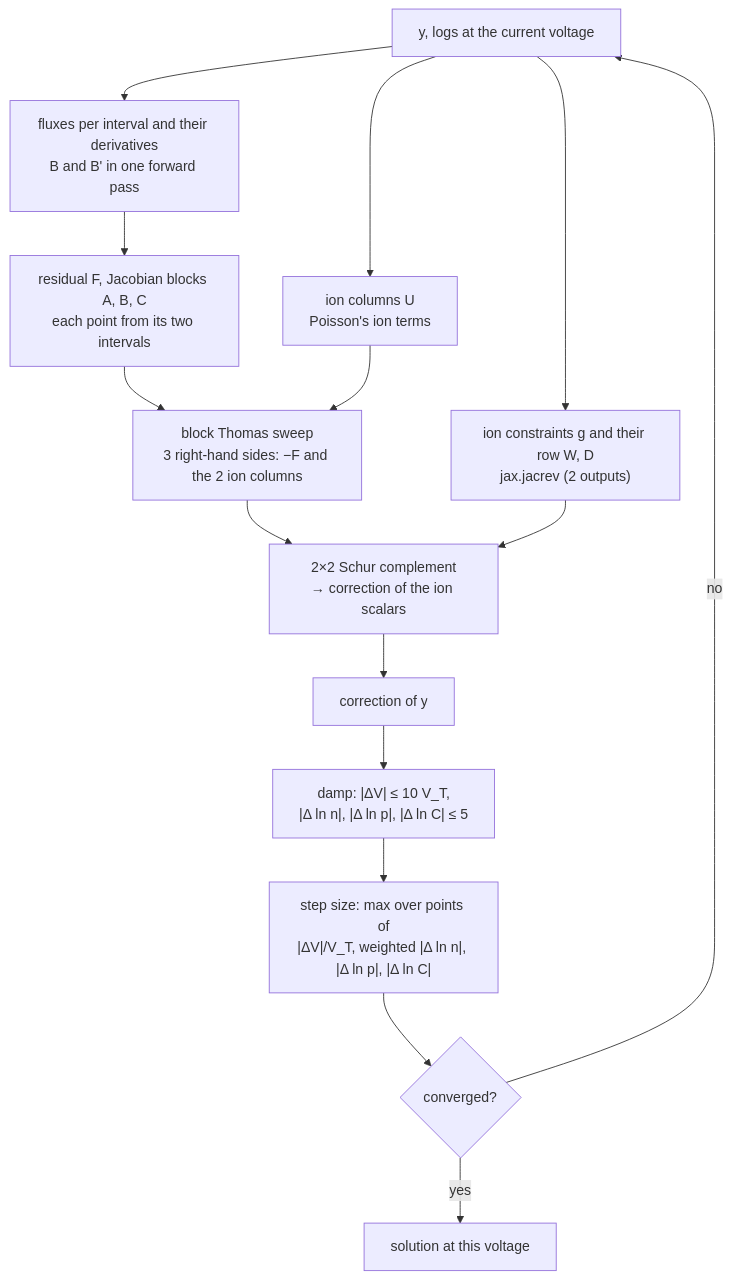
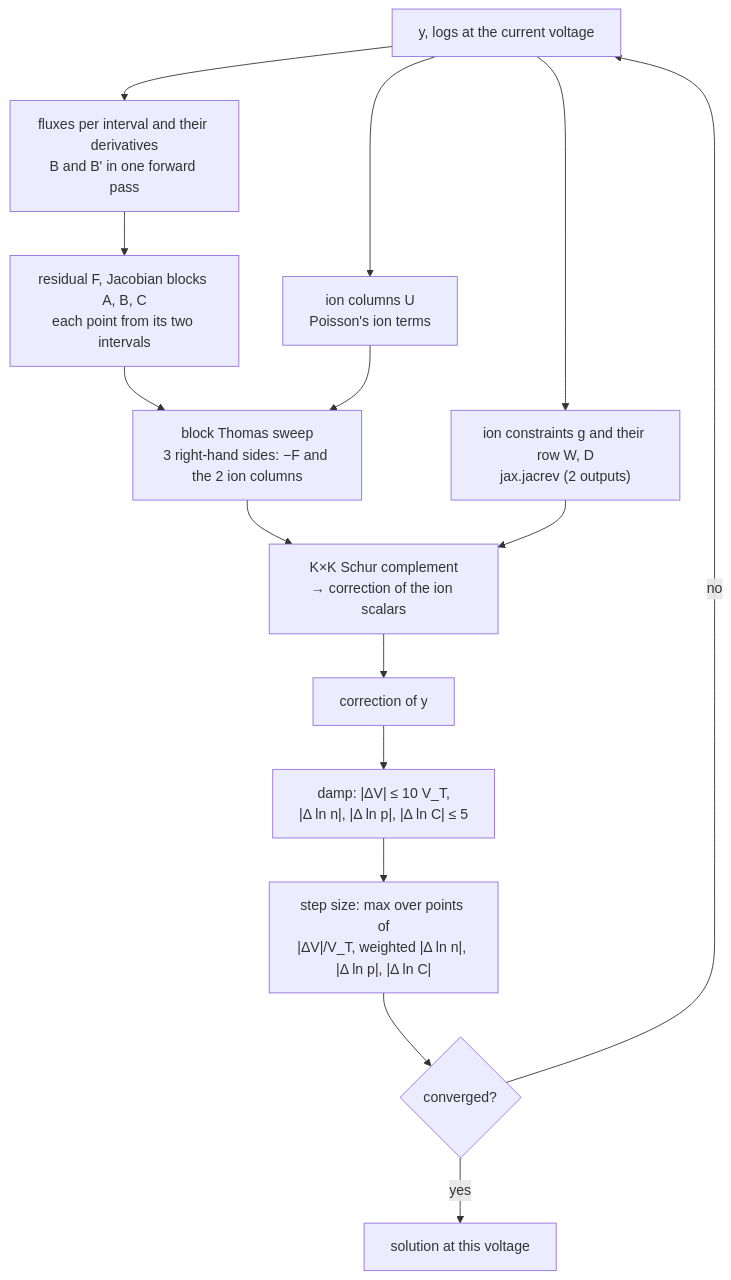
Before and after one commit to trn84/jaxdd: the third of 3 diagrams in docs/solver.md, drawn with Mermaid. The commit also changed other lines of this file and 17 other files, not shown here.

````diff
--- a/docs/solver.md
+++ b/docs/solver.md
@@ -162,17 +164,17 @@
 ```mermaid
 flowchart TD
     A["y, logs at the current voltage"] --> B["fluxes per interval and their derivatives<br/>B and B' in one forward pass"]
     B --> C["residual F, Jacobian blocks A, B, C<br/>each point from its two intervals"]
     A --> D["ion columns U<br/>Poisson's ion terms"]
     A --> E["ion constraints g and their row W, D<br/>jax.jacrev (2 outputs)"]
     C --> F["block Thomas sweep<br/>3 right-hand sides: −F and the 2 ion columns"]
     D --> F
-    F --> G["2×2 Schur complement<br/>→ correction of the ion scalars"]
+    F --> G["K×K Schur complement<br/>→ correction of the ion scalars"]
     E --> G
     G --> H["correction of y"]
     H --> I["damp: |ΔV| ≤ 10 V_T,<br/>|Δ ln n|, |Δ ln p|, |Δ ln C| ≤ 5"]
     I --> J["step size: max over points of<br/>|ΔV|/V_T, weighted |Δ ln n|, |Δ ln p|, |Δ ln C|"]
     J --> K{"converged?"}
     K -- "no" --> A
     K -- "yes" --> L["solution at this voltage"]
 ```
````
